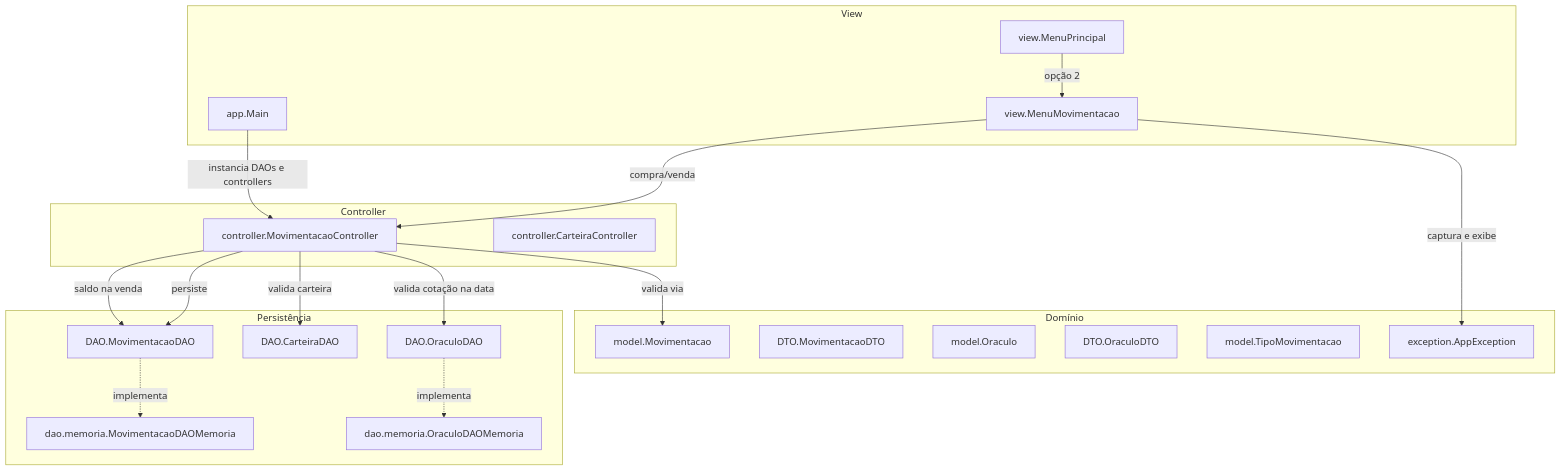
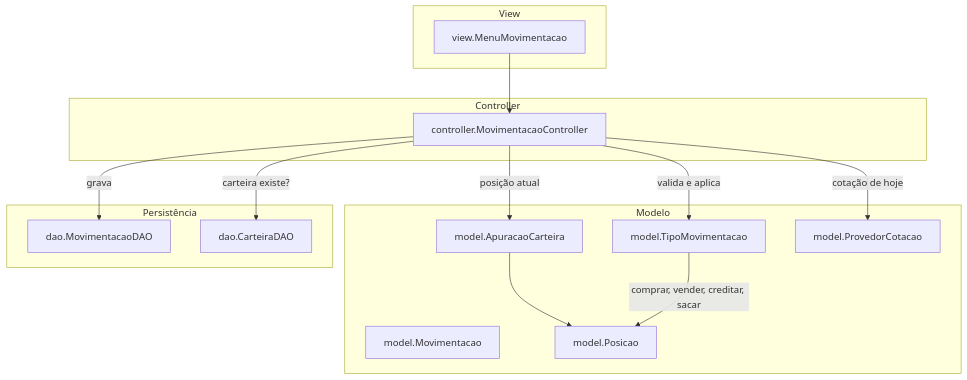
The first of 2 diagrams in docs/fluxo-movimentacao.md (CassianoBorborema/FT_Coin), drawn with Mermaid before and after one commit. The commit also changed other lines of this file and 107 other files, not shown here.

````diff
--- a/docs/fluxo-movimentacao.md
+++ b/docs/fluxo-movimentacao.md
@@ -11,42 +9,29 @@
 ```mermaid
 flowchart TB
-    subgraph viewLayer [View]
-        Main["app.Main"]
-        MenuPrincipal["view.MenuPrincipal"]
+    subgraph view [View]
         MenuMovimentacao["view.MenuMovimentacao"]
     end
-
-    subgraph controllerLayer [Controller]
+    subgraph controller [Controller]
         MovimentacaoController["controller.MovimentacaoController"]
-        CarteiraController["controller.CarteiraController"]
+    end
+    subgraph modelo [Modelo]
+        Movimentacao["model.Movimentacao"]
+        Tipo["model.TipoMovimentacao"]
+        Apuracao["model.ApuracaoCarteira"]
+        Posicao["model.Posicao"]
+        Provedor["model.ProvedorCotacao"]
+    end
+    subgraph persistencia [Persistência]
+        MovimentacaoDAO["dao.MovimentacaoDAO"]
+        CarteiraDAO["dao.CarteiraDAO"]
     end
 
-    subgraph domainLayer [Domínio]
-        MovimentacaoModel["model.Movimentacao"]
-        MovimentacaoDTO["DTO.MovimentacaoDTO"]
-        OraculoModel["model.Oraculo"]
-        OraculoDTO["DTO.OraculoDTO"]
-        TipoMov["model.TipoMovimentacao"]
-        AppException["exception.AppException"]
-    end
-
-    subgraph persistenceLayer [Persistência]
-        MovimentacaoDAO["DAO.MovimentacaoDAO"]
-        MovimentacaoDAOMemoria["dao.memoria.MovimentacaoDAOMemoria"]
-        CarteiraDAO["DAO.CarteiraDAO"]
-        OraculoDAO["DAO.OraculoDAO"]
-        OraculoDAOMemoria["dao.memoria.OraculoDAOMemoria"]
-    end
-
-    Main -->|"instancia DAOs e controllers"| MovimentacaoController
-    MenuPrincipal -->|"opção 2"| MenuMovimentacao
-    MenuMovimentacao -->|"compra/venda"| MovimentacaoController
-    MovimentacaoController -->|"valida carteira"| CarteiraDAO
-    MovimentacaoController -->|"valida cotação na data"| OraculoDAO
-    MovimentacaoController -->|"valida via"| MovimentacaoModel
-    MovimentacaoController -->|"saldo na venda"| MovimentacaoDAO
-    MovimentacaoController -->|"persiste"| MovimentacaoDAO
-    MovimentacaoDAO -.->|"implementa"| MovimentacaoDAOMemoria
-    OraculoDAO -.->|"implementa"| OraculoDAOMemoria
-    MenuMovimentacao -->|"captura e exibe"| AppException
+    MenuMovimentacao --> MovimentacaoController
+    MovimentacaoController -->|"carteira existe?"| CarteiraDAO
+    MovimentacaoController -->|"cotação de hoje"| Provedor
+    MovimentacaoController -->|"posição atual"| Apuracao
+    Apuracao --> Posicao
+    MovimentacaoController -->|"valida e aplica"| Tipo
+    Tipo -->|"comprar, vender, creditar, sacar"| Posicao
+    MovimentacaoController -->|"grava"| MovimentacaoDAO
 ```
````
